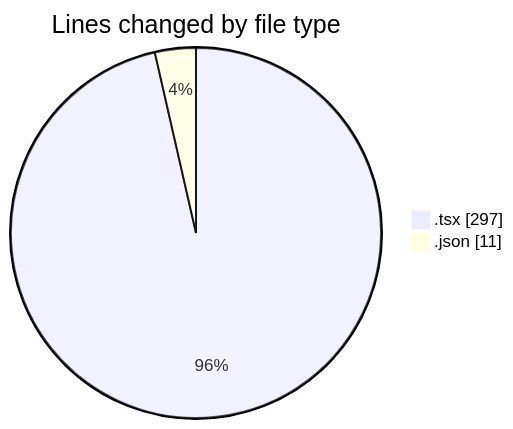
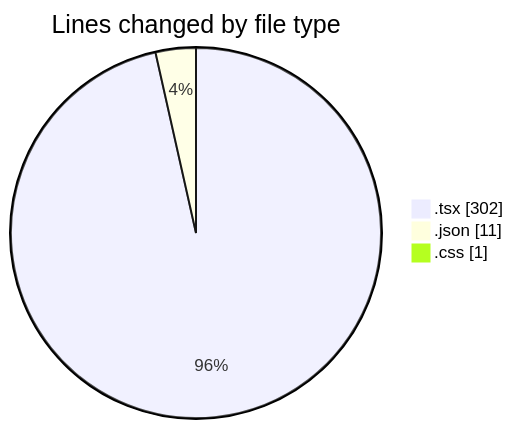
Before and after one commit to Elitesun/code-tracking: the first of 2 diagrams in 2025-05-05/niten/README.md, drawn with Mermaid. The commit also changed other lines of this file and 1 other file, not shown here.

````diff
--- a/2025-05-05/niten/README.md
+++ b/2025-05-05/niten/README.md
@@ -26,6 +29,7 @@
 ```mermaid
 pie showData
 title Lines changed by file type
-".tsx" : 297
+".tsx" : 302
 ".json" : 11
+".css" : 1
 ```
````
